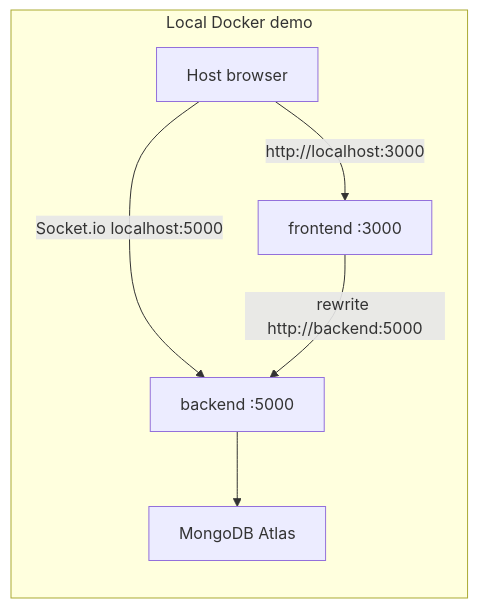
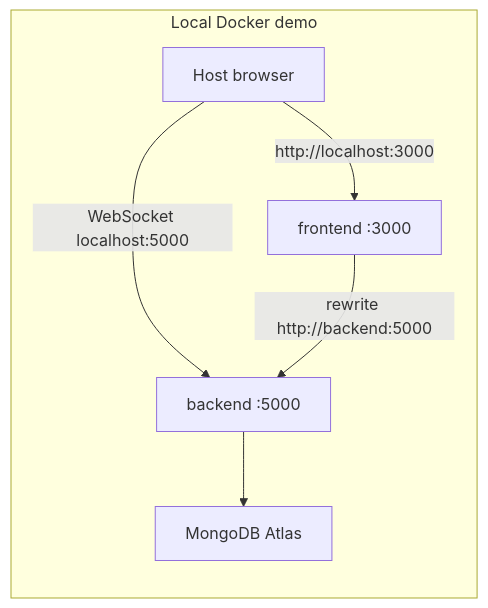
Before and after one commit to himel2535/frozen_food_erp_frontend: the third of 3 diagrams in README.md, drawn with Mermaid. The commit also changed other lines of this file and 10 other files, not shown here.

````diff
--- a/README.md
+++ b/README.md
@@ -49,9 +143,9 @@
 ```mermaid
 flowchart LR
   subgraph dockerLocal [Local Docker demo]
     HostBrowser[Host browser] -->|"http://localhost:3000"| FE[frontend :3000]
-    HostBrowser -->|"Socket.io localhost:5000"| BE[backend :5000]
+    HostBrowser -->|"WebSocket localhost:5000"| BE[backend :5000]
     FE -->|"rewrite http://backend:5000"| BE
     BE --> Atlas2[MongoDB Atlas]
   end
 ```
````
